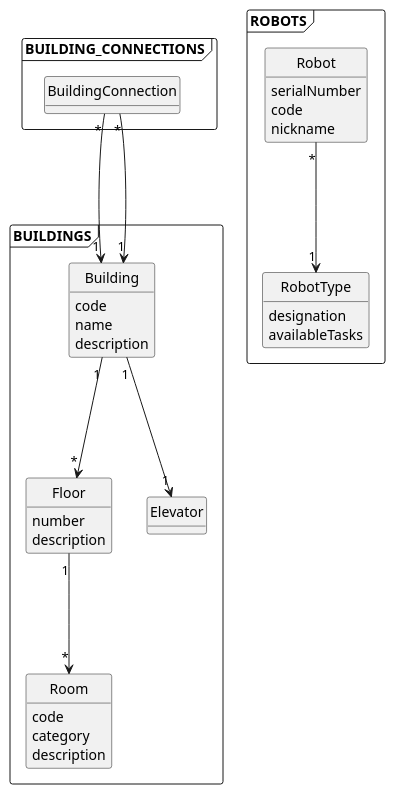
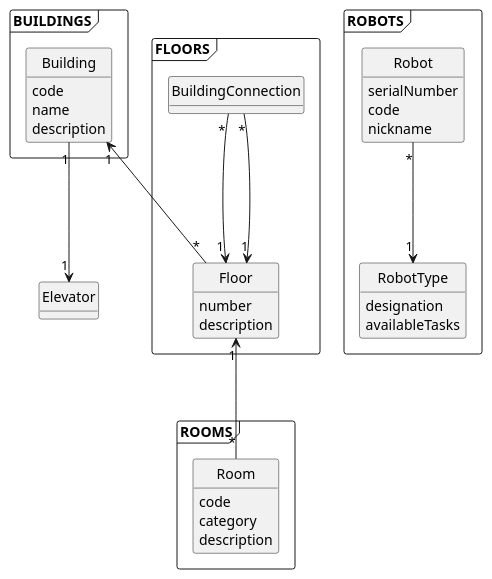
The diagram in docs/domainModel.puml (1201293/sem5pi-23-24-68), drawn with PlantUML before and after one commit. The commit also changed 1 other file, not shown here.

Commit message:
changes on domain model and  erased unecessary imports on buildingController

```diff
--- a/docs/domainModel.puml
+++ b/docs/domainModel.puml
@@ -1,66 +1,64 @@
 @startuml
 'https://plantuml.com/class-diagram
 
 hide methods
 hide circles
 
 
 frame BUILDINGS{
   class Building{
     code
     name
     description
   }
 
+}
+
+frame FLOORS{
   class Floor{
     number
     description
   }
 
+  class BuildingConnection{
+   
+  }
+}
+
+frame ROOMS{
   class Room{
     code
     category
     description
-  }
-
-  class Elevator{
-
-  }
-
-}
-
-frame BUILDING_CONNECTIONS{
-  class BuildingConnection{
-   
   }
 }
 
 frame ROBOTS{
   class RobotType{
     designation
     availableTasks
   }
 
   class Robot{
     serialNumber
     code
     nickname
   }
 }
 
 
 Robot "*" ---> "1" RobotType
 
-BuildingConnection "*" ---> "1" Building
+BuildingConnection "*" ---> "1" Floor
 
-BuildingConnection "*" ---> "1" Building
+BuildingConnection "*" ---> "1" Floor
 
 
 Building "1" ---> "1" Elevator
-Building "1" ---> "*" Floor
-Floor "1" ---> "*" Room
+Building "1" <--- "*" Floor
+Floor "1" <--- "*" Room
 
 
 
 
 @enduml
```
